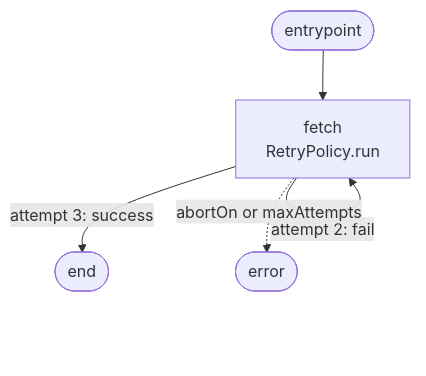
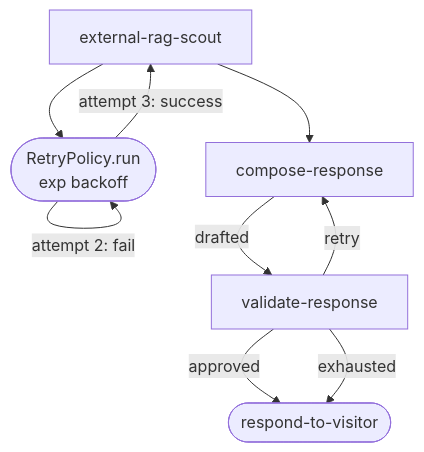
The diagram in docs/examples/05-retry.md (Studnicky/Dagonizer), drawn with Mermaid before and after one commit. The commit also changed other lines of this file and 113 other files, not shown here.

````diff
--- a/docs/examples/05-retry.md
+++ b/docs/examples/05-retry.md
@@ -7,11 +17,17 @@
 ```mermaid
 flowchart TB
-  start([entrypoint])
-  fetch[fetch\nRetryPolicy.run]
-  END([end])
-  start --> fetch
-  fetch -->|attempt 1: fail| fetch
-  fetch -->|attempt 2: fail| fetch
-  fetch -->|attempt 3: success| END
-  fetch -.->|abortOn or maxAttempts| failure([error])
+  scout[external-rag-scout]
+  retry([RetryPolicy.run\nexp backoff])
+  compose[compose-response]
+  validate[validate-response]
+  respond([respond-to-visitor])
+  scout --> retry
+  retry -->|attempt 1: fail| retry
+  retry -->|attempt 2: fail| retry
+  retry -->|attempt 3: success| scout
+  scout --> compose
+  compose -->|drafted| validate
+  validate -->|retry| compose
+  validate -->|approved| respond
+  validate -->|exhausted| respond
 ```
````
